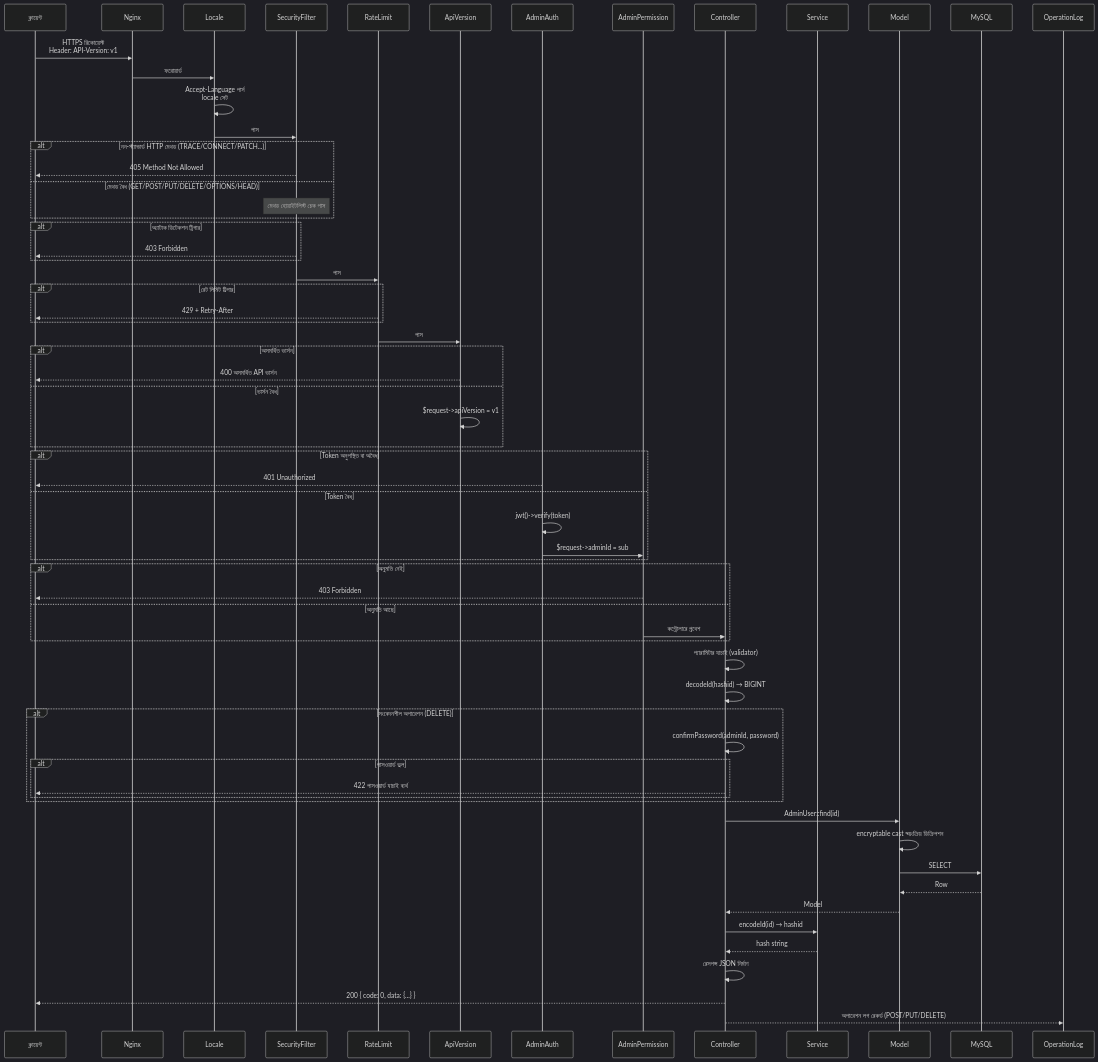
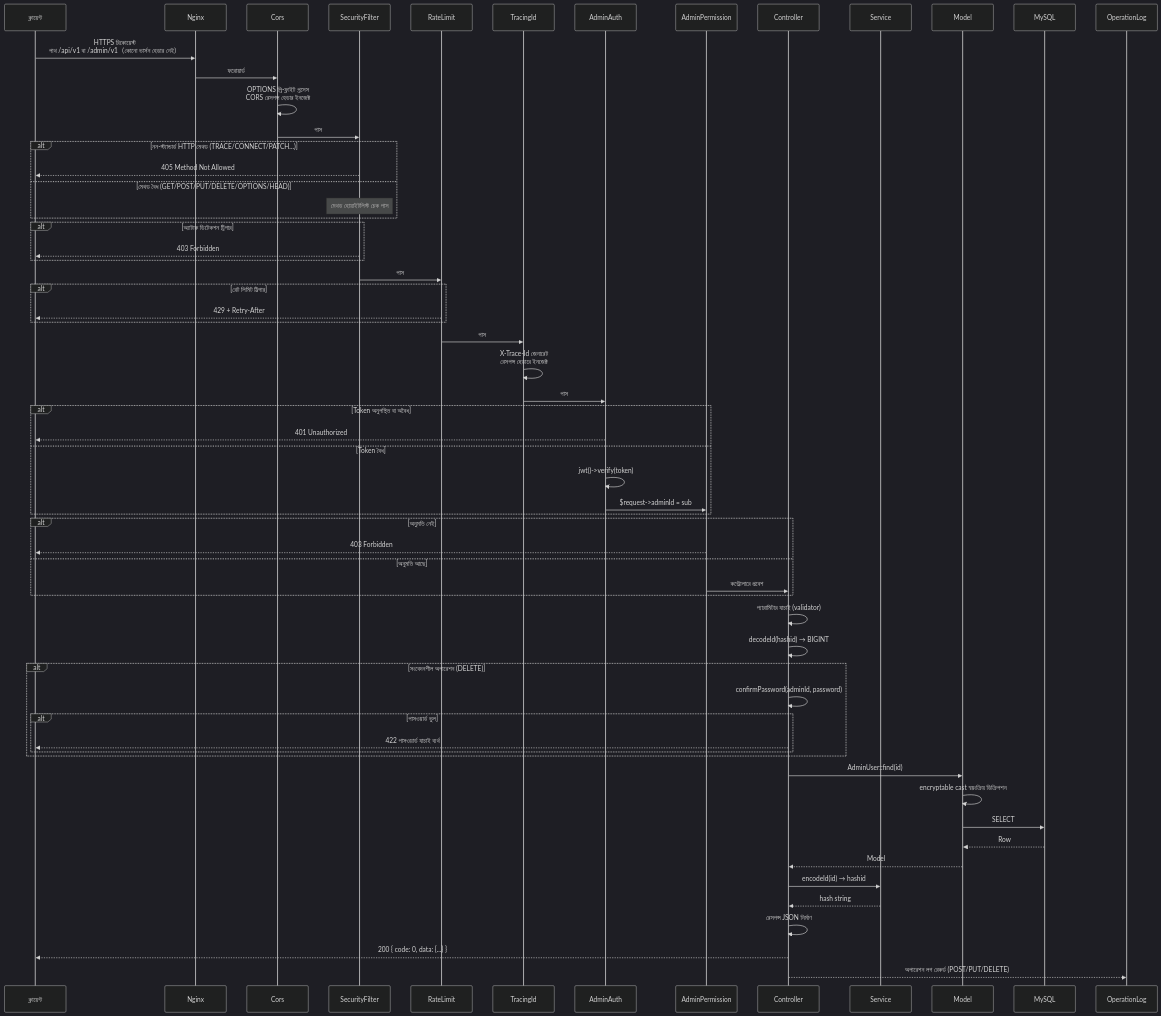
Before and after one commit to erikwang2013/erp-php: the third of 20 diagrams in docs/i18n/bn/ARCHITECTURE.md, drawn with Mermaid (dark theme). The commit also changed other lines of this file and 325 other files, not shown here.

````diff
--- a/docs/i18n/bn/ARCHITECTURE.md
+++ b/docs/i18n/bn/ARCHITECTURE.md
@@ -157,81 +180,77 @@
 ```mermaid
 sequenceDiagram
     participant C as ক্লায়েন্ট
     participant N as Nginx
-    participant MW_LOC as Locale
+    participant MW_CR as Cors
     participant MW_SF as SecurityFilter
     participant MW_RL as RateLimit
-    participant MW0 as ApiVersion
+    participant MW_TID as TracingId
     participant MW1 as AdminAuth
     participant MW2 as AdminPermission
     participant CTL as Controller
     participant SVC as Service
     participant MDL as Model
     participant DB as MySQL
     participant OPLOG as OperationLog
 
-    C->>N: HTTPS রিকোয়েস্ট<br/>Header: API-Version: v1
-    N->>MW_LOC: ফরোয়ার্ড
-    MW_LOC->>MW_LOC: Accept-Language পার্স<br/>locale সেট
-    MW_LOC->>MW_SF: পাস
+    C->>N: HTTPS রিকোয়েস্ট<br/>পাথ /api/v1 বা /admin/v1（কোনো ভার্সন হেডার নেই）
+    N->>MW_CR: ফরোয়ার্ড
+    MW_CR->>MW_CR: OPTIONS প্রি-ফ্লাইট প্রসেস<br/>CORS রেসপন্স হেডার ইনজেক্ট
+    MW_CR->>MW_SF: পাস
 
     alt নন-স্ট্যান্ডার্ড HTTP মেথড (TRACE/CONNECT/PATCH...)
         MW_SF-->>C: 405 Method Not Allowed
     else মেথড বৈধ (GET/POST/PUT/DELETE/OPTIONS/HEAD)
         Note over MW_SF: মেথড হোয়াইটলিস্ট চেক পাস
     end
 
     alt অ্যাটাক ডিটেকশন ট্রিগার
         MW_SF-->>C: 403 Forbidden
     end
 
     MW_SF->>MW_RL: পাস
 
     alt রেট লিমিট ট্রিগার
         MW_RL-->>C: 429 + Retry-After
     end
 
-    MW_RL->>MW0: পাস
-
-    alt অসমর্থিত ভার্সন
-        MW0-->>C: 400 অসমর্থিত API ভার্সন
-    else ভার্সন বৈধ
-        MW0->>MW0: $request->apiVersion = v1
-    end
+    MW_RL->>MW_TID: পাস
+    MW_TID->>MW_TID: X-Trace-Id জেনারেট<br/>রেসপন্স হেডারে ইনজেক্ট
+    MW_TID->>MW1: পাস
 
     alt Token অনুপস্থিত বা অবৈধ
         MW1-->>C: 401 Unauthorized
     else Token বৈধ
         MW1->>MW1: jwt()->verify(token)
         MW1->>MW2: $request->adminId = sub
     end
 
     alt অনুমতি নেই
         MW2-->>C: 403 Forbidden
     else অনুমতি আছে
         MW2->>CTL: কন্ট্রোলারে প্রবেশ
     end
 
     CTL->>CTL: প্যারামিটার যাচাই (validator)
     CTL->>CTL: decodeId(hashid) → BIGINT
 
     alt সংবেদনশীল অপারেশন (DELETE)
         CTL->>CTL: confirmPassword(adminId, password)
         alt পাসওয়ার্ড ভুল
             CTL-->>C: 422 পাসওয়ার্ড যাচাই ব্যর্থ
         end
     end
 
     CTL->>MDL: AdminUser::find(id)
     MDL->>MDL: encryptable cast স্বয়ংক্রিয় ডিক্রিপশন
     MDL->>DB: SELECT
     DB-->>MDL: Row
     MDL-->>CTL: Model
 
     CTL->>SVC: encodeId(id) → hashid
     SVC-->>CTL: hash string
 
     CTL->>CTL: রেসপন্স JSON নির্মাণ
     CTL-->>C: 200 { code: 0, data: {...} }
     CTL-->>OPLOG: অপারেশন লগ রেকর্ড (POST/PUT/DELETE)
 ```
````
